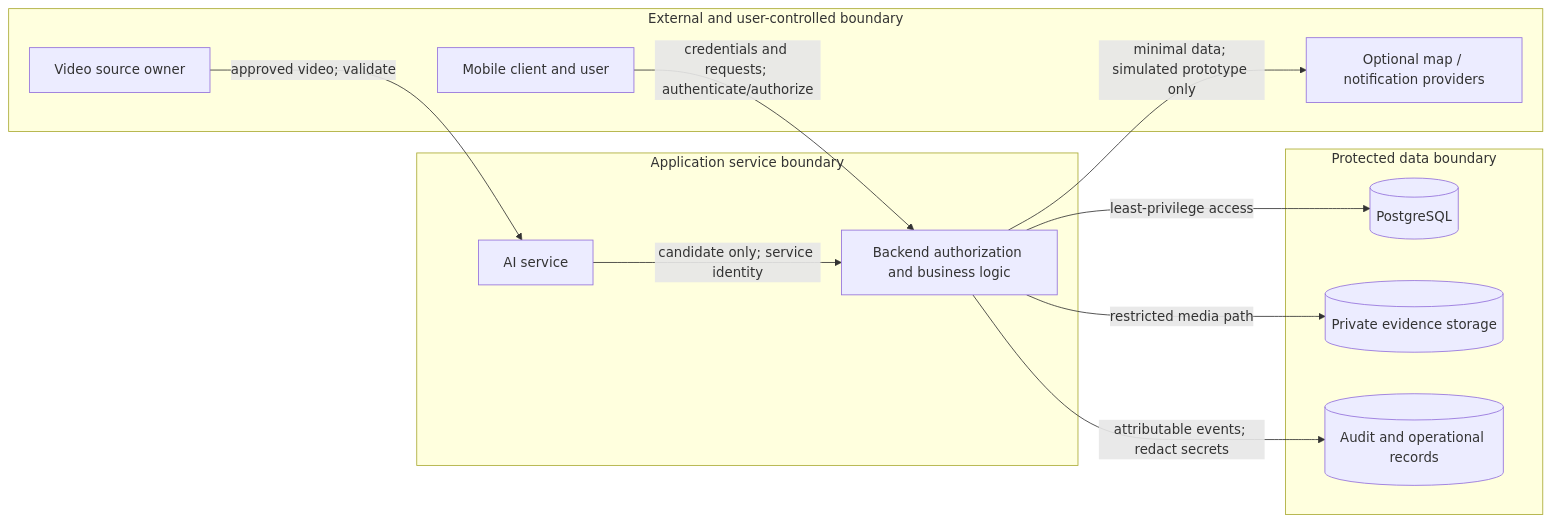
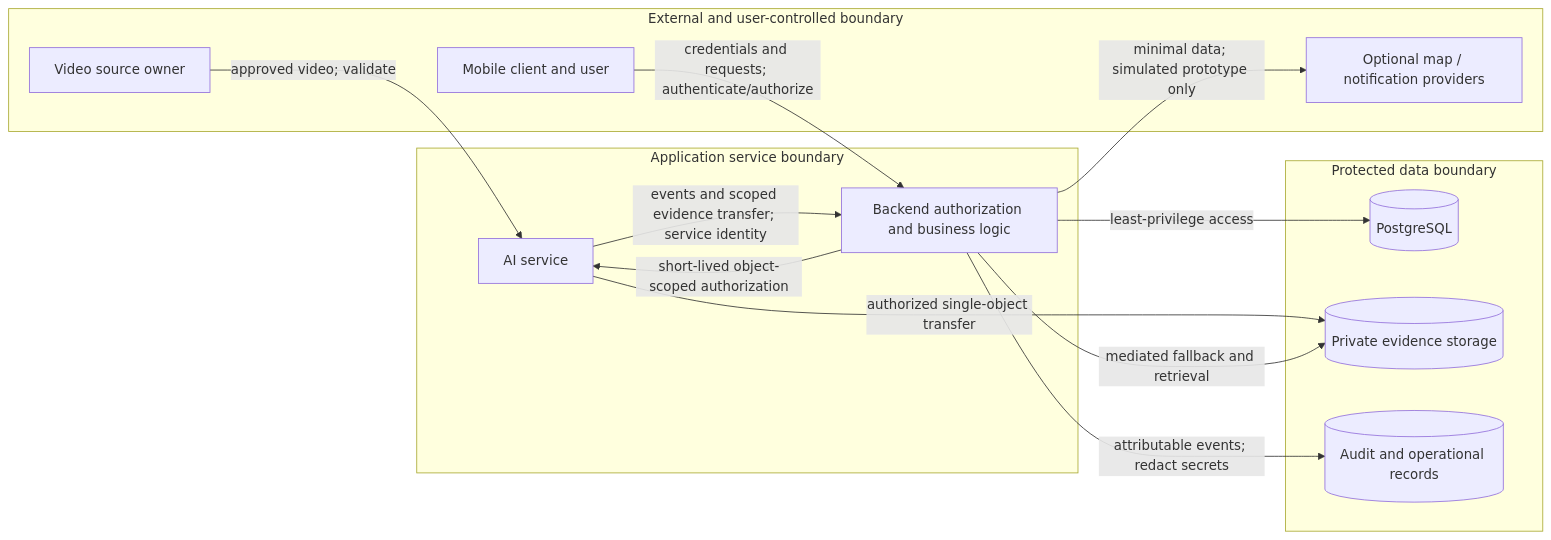
Before and after one commit to rajatchouksey615-alt/ResQVision: the diagram in docs/architecture/trust_boundaries.md, drawn with Mermaid. The commit also changed other lines of this file and 35 other files, not shown here.

Commit message:
docs: refine system architecture and response workflows

```diff
--- a/docs/architecture/trust_boundaries.md
+++ b/docs/architecture/trust_boundaries.md
@@ -7,24 +7,26 @@
 ~~~mermaid
 flowchart LR
     subgraph External[External and user-controlled boundary]
         Source[Video source owner]
         Client[Mobile client and user]
         Providers[Optional map / notification providers]
     end
     subgraph Service[Application service boundary]
         AI[AI service]
         API[Backend authorization and business logic]
     end
     subgraph Data[Protected data boundary]
         DB[(PostgreSQL)]
         Store[(Private evidence storage)]
         Logs[(Audit and operational records)]
     end
     Source -->|approved video; validate| AI
     Client -->|credentials and requests; authenticate/authorize| API
-    AI -->|candidate only; service identity| API
+    AI -->|events and scoped evidence transfer; service identity| API
     API -->|least-privilege access| DB
-    API -->|restricted media path| Store
+    API -->|short-lived object-scoped authorization| AI
+    AI -->|authorized single-object transfer| Store
+    API -->|mediated fallback and retrieval| Store
     API -->|minimal data; simulated prototype only| Providers
     API -->|attributable events; redact secrets| Logs
 ~~~
```
